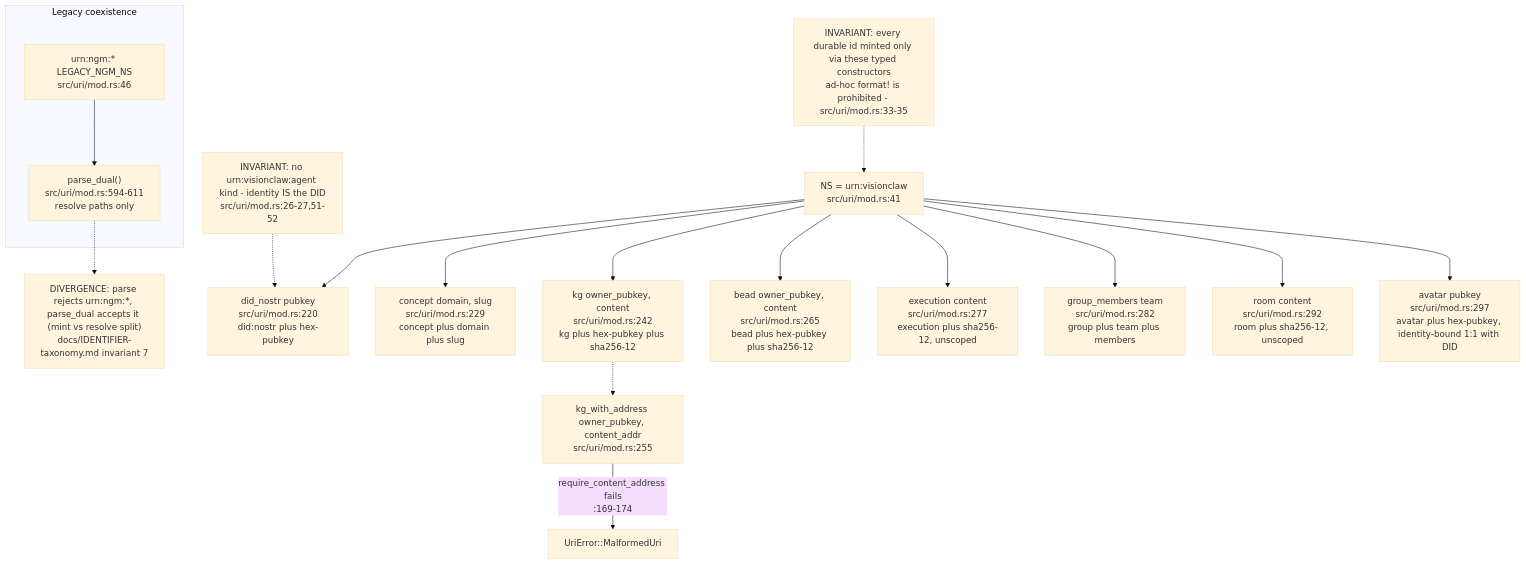
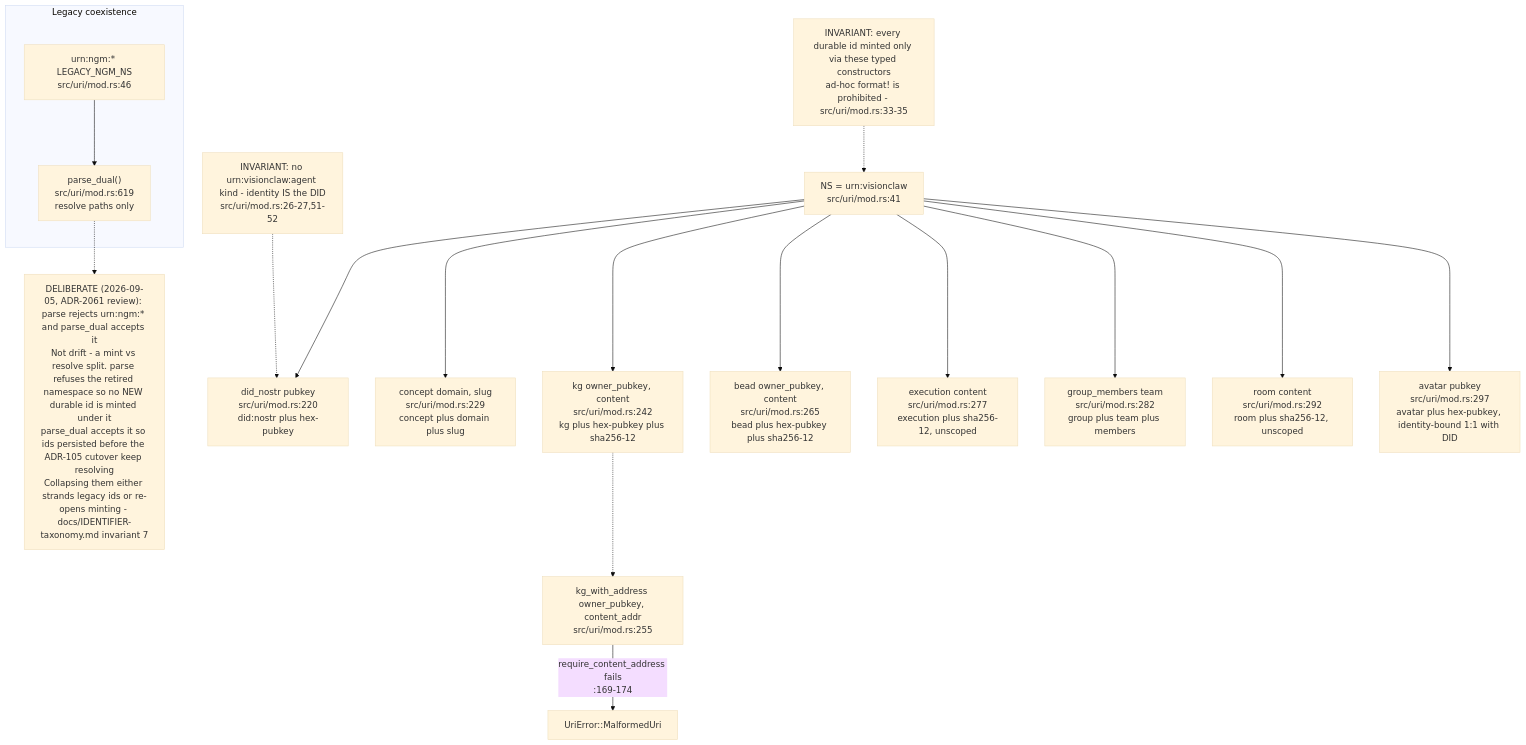
The second of 10 diagrams in docs/diagrams/estate/03-cross-repo-federation-contract.md (DreamLab-AI/AR-AI-Knowledge-Graph), drawn with Mermaid (base theme) before and after one commit. The commit also changed other lines of this file and 172 other files, not shown here.

````diff
--- a/docs/diagrams/estate/03-cross-repo-federation-contract.md
+++ b/docs/diagrams/estate/03-cross-repo-federation-contract.md
@@ -81,35 +83,35 @@
 ```mermaid
 flowchart TD
     NS["NS = urn:visionclaw<br/>src/uri/mod.rs:41"]
     DID["did_nostr pubkey<br/>src/uri/mod.rs:220<br/>did:nostr plus hex-pubkey"]
     CONCEPT["concept domain, slug<br/>src/uri/mod.rs:229<br/>concept plus domain plus slug"]
     KG["kg owner_pubkey, content<br/>src/uri/mod.rs:242<br/>kg plus hex-pubkey plus sha256-12"]
     KGADDR["kg_with_address owner_pubkey, content_addr<br/>src/uri/mod.rs:255"]
     BEAD["bead owner_pubkey, content<br/>src/uri/mod.rs:265<br/>bead plus hex-pubkey plus sha256-12"]
     EXEC["execution content<br/>src/uri/mod.rs:277<br/>execution plus sha256-12, unscoped"]
     GROUP["group_members team<br/>src/uri/mod.rs:282<br/>group plus team plus members"]
     ROOM["room content<br/>src/uri/mod.rs:292<br/>room plus sha256-12, unscoped"]
     AVATAR["avatar pubkey<br/>src/uri/mod.rs:297<br/>avatar plus hex-pubkey, identity-bound 1:1 with DID"]
     NS --> DID
     NS --> CONCEPT
     NS --> KG
     KG -.-> KGADDR
     NS --> BEAD
     NS --> EXEC
     NS --> GROUP
     NS --> ROOM
     NS --> AVATAR
     ERR["UriError::MalformedUri"]
     KGADDR -- "require_content_address fails<br/>:169-174" --> ERR
     subgraph LEGACY["Legacy coexistence"]
         NGM["urn:ngm:* LEGACY_NGM_NS<br/>src/uri/mod.rs:46"]
-        DUAL["parse_dual()<br/>src/uri/mod.rs:594-611<br/>resolve paths only"]
+        DUAL["parse_dual()<br/>src/uri/mod.rs:619<br/>resolve paths only"]
         NGM --> DUAL
     end
     NOTE1["INVARIANT: no urn:visionclaw:agent kind - identity IS the DID<br/>src/uri/mod.rs:26-27,51-52"]
     NOTE2["INVARIANT: every durable id minted only via these typed constructors<br/>ad-hoc format! is prohibited - src/uri/mod.rs:33-35"]
-    NOTE3["DIVERGENCE: parse rejects urn:ngm:*, parse_dual accepts it (mint vs resolve split)<br/>docs/IDENTIFIER-taxonomy.md invariant 7"]
+    NOTE3["DELIBERATE (2026-09-05, ADR-2061 review): parse rejects urn:ngm:* and parse_dual accepts it<br/>Not drift - a mint vs resolve split. parse refuses the retired namespace so no NEW durable id is minted under it<br/>parse_dual accepts it so ids persisted before the ADR-105 cutover keep resolving<br/>Collapsing them either strands legacy ids or re-opens minting - docs/IDENTIFIER-taxonomy.md invariant 7"]
     NOTE1 -.-> DID
     NOTE2 -.-> NS
     DUAL -.-> NOTE3
 ```
````
